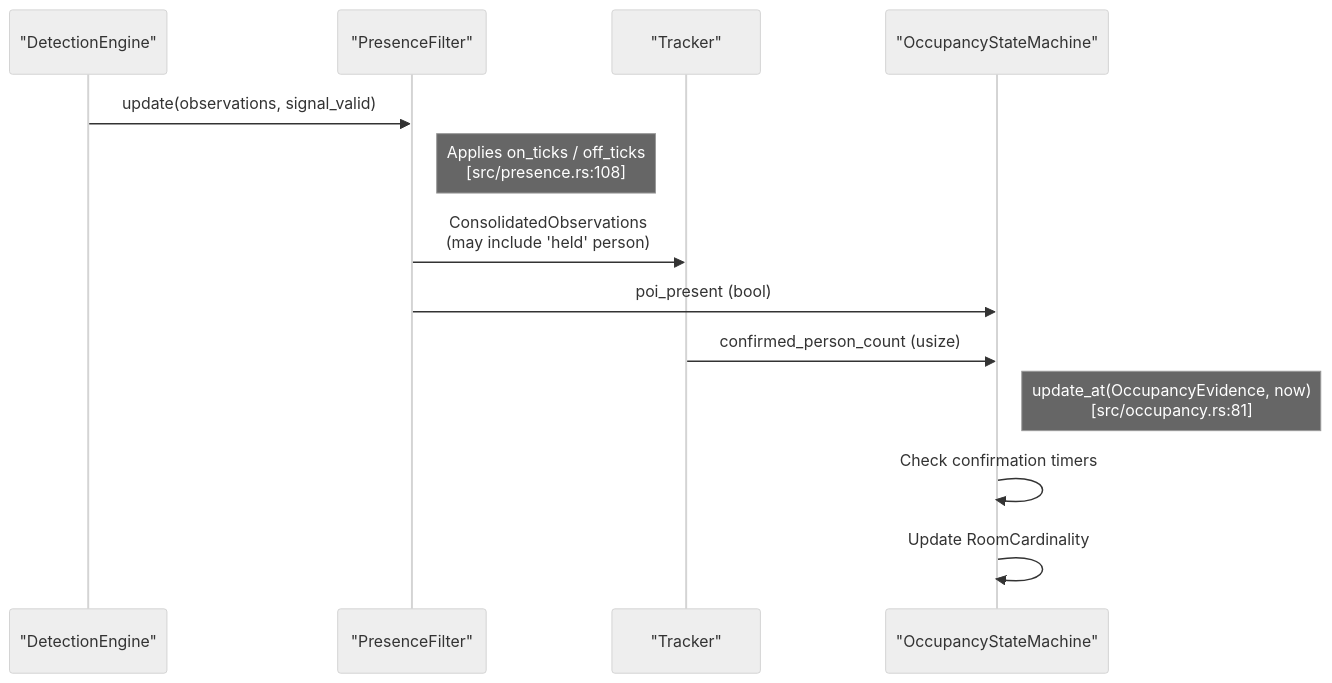
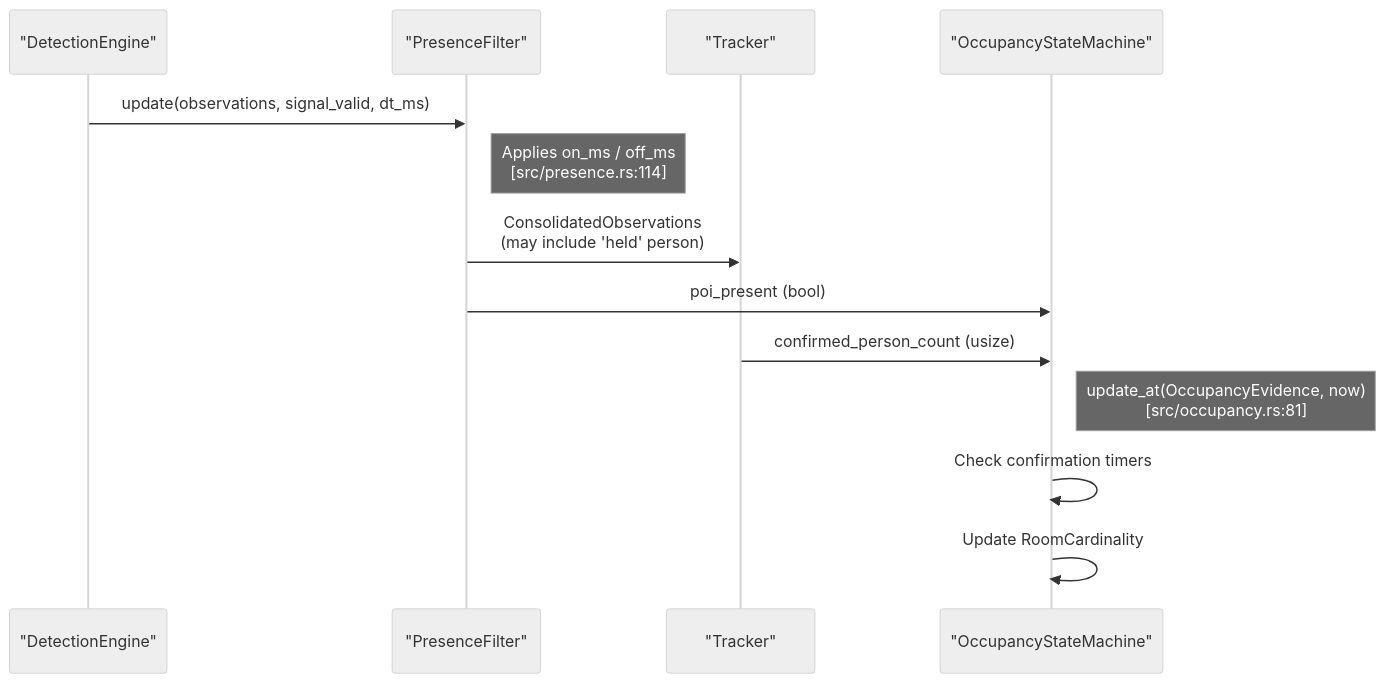
One commit to e7canasta/mana-lite changed the second of 2 diagrams in docs/wiki/2.4-presence-and-occupancy.md. Above: the diagram before and after it, drawn with Mermaid (neutral theme). The commit also changed other lines of this file and 21 other files, not shown here.

````diff
--- a/docs/wiki/2.4-presence-and-occupancy.md
+++ b/docs/wiki/2.4-presence-and-occupancy.md
@@ -151,20 +151,20 @@
 ```mermaid
 sequenceDiagram
     participant DE as "DetectionEngine"
     participant PF as "PresenceFilter"
     participant T as "Tracker"
     participant OSM as "OccupancyStateMachine"
 
-    DE->>PF: update(observations, signal_valid)
-    Note right of PF: Applies on_ticks / off_ticks<br/>[src/presence.rs:108]
+    DE->>PF: update(observations, signal_valid, dt_ms)
+    Note right of PF: Applies on_ms / off_ms<br/>[src/presence.rs:114]
 
     PF->>T: ConsolidatedObservations<br/>(may include 'held' person)
     PF->>OSM: poi_present (bool)
 
     T->>OSM: confirmed_person_count (usize)
     Note right of OSM: update_at(OccupancyEvidence, now)<br/>[src/occupancy.rs:81]
 
     OSM->>OSM: Check confirmation timers
     OSM->>OSM: Update RoomCardinality
 
 ```
````
